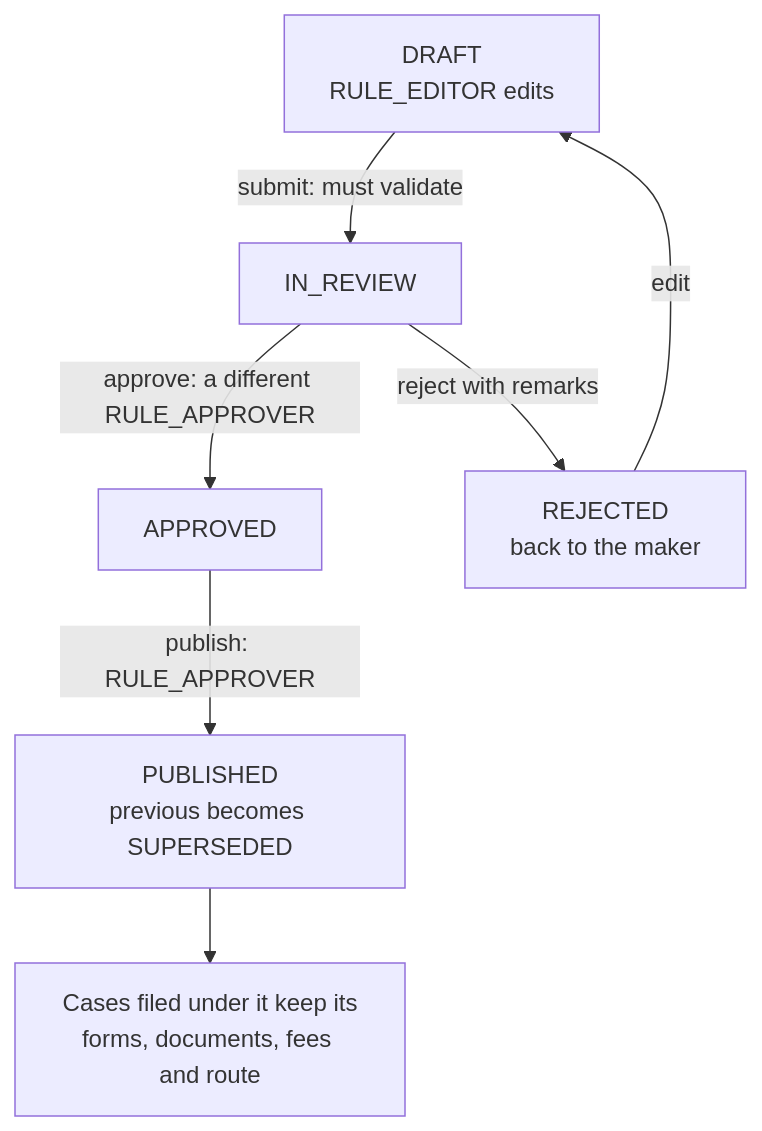
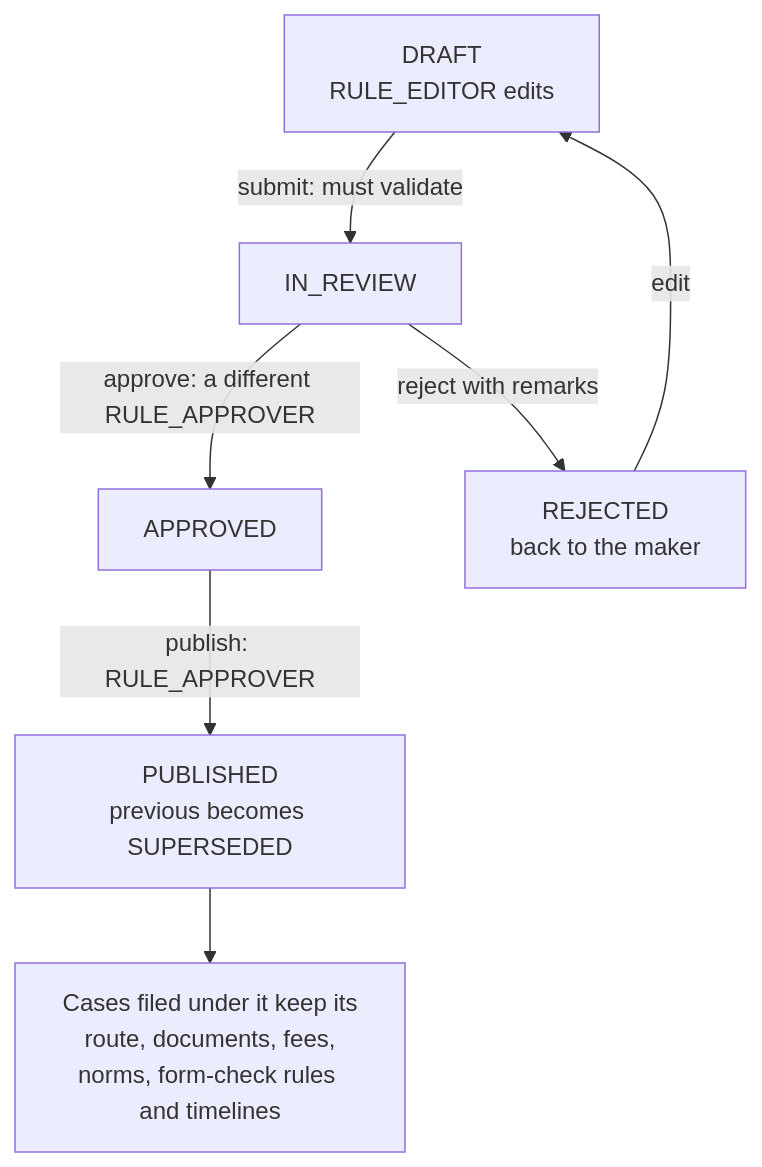
One commit to sanjayvasudevan-c/SIH_project-repo changed the fourth of 4 diagrams in docs/evidence/WORKFLOW.md. Above: the diagram before and after it, drawn with Mermaid. The commit also changed other lines of this file and 4 other files, not shown here.

First line of the commit message:
Docs: timelines is a pinned section — restore it and cite the constants

````diff
--- a/docs/evidence/WORKFLOW.md
+++ b/docs/evidence/WORKFLOW.md
@@ -82,9 +82,9 @@
 ```mermaid
 flowchart TD
   D["DRAFT<br/>RULE_EDITOR edits"] -->|"submit: must validate"| R["IN_REVIEW"]
   R -->|"approve: a different RULE_APPROVER"| A["APPROVED"]
   R -->|"reject with remarks"| X["REJECTED<br/>back to the maker"]
   X -->|"edit"| D
   A -->|"publish: RULE_APPROVER"| P["PUBLISHED<br/>previous becomes SUPERSEDED"]
-  P --> K["Cases filed under it keep its<br/>forms, documents, fees and route"]
+  P --> K["Cases filed under it keep its<br/>route, documents, fees,<br/>norms, form-check rules and timelines"]
 ```
````
